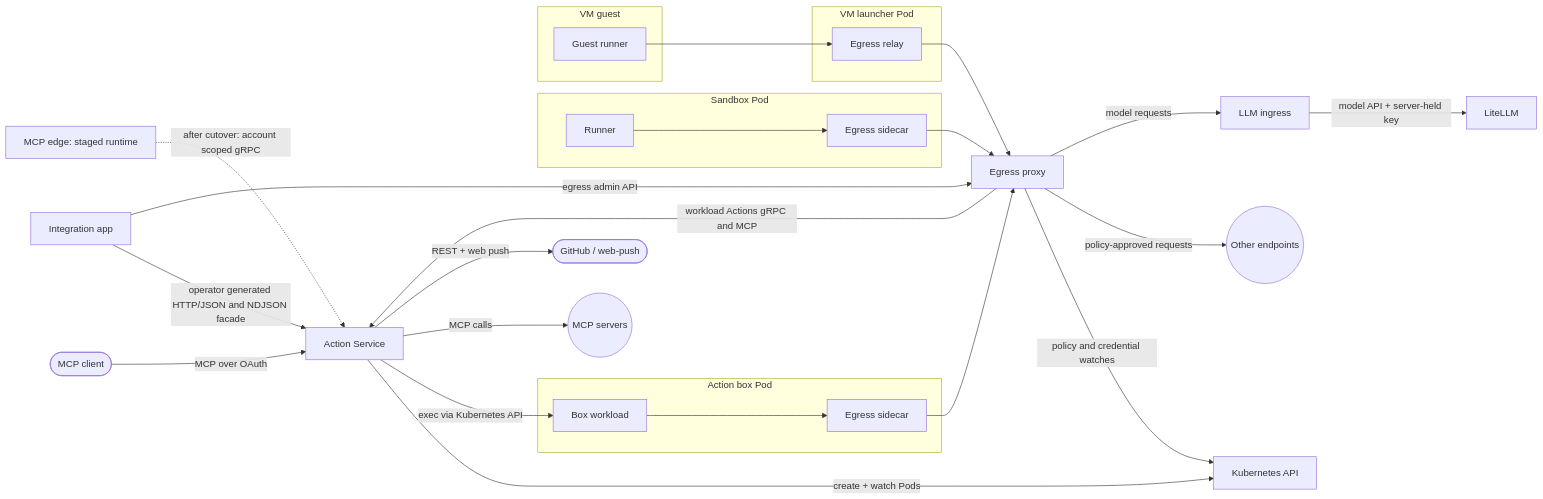
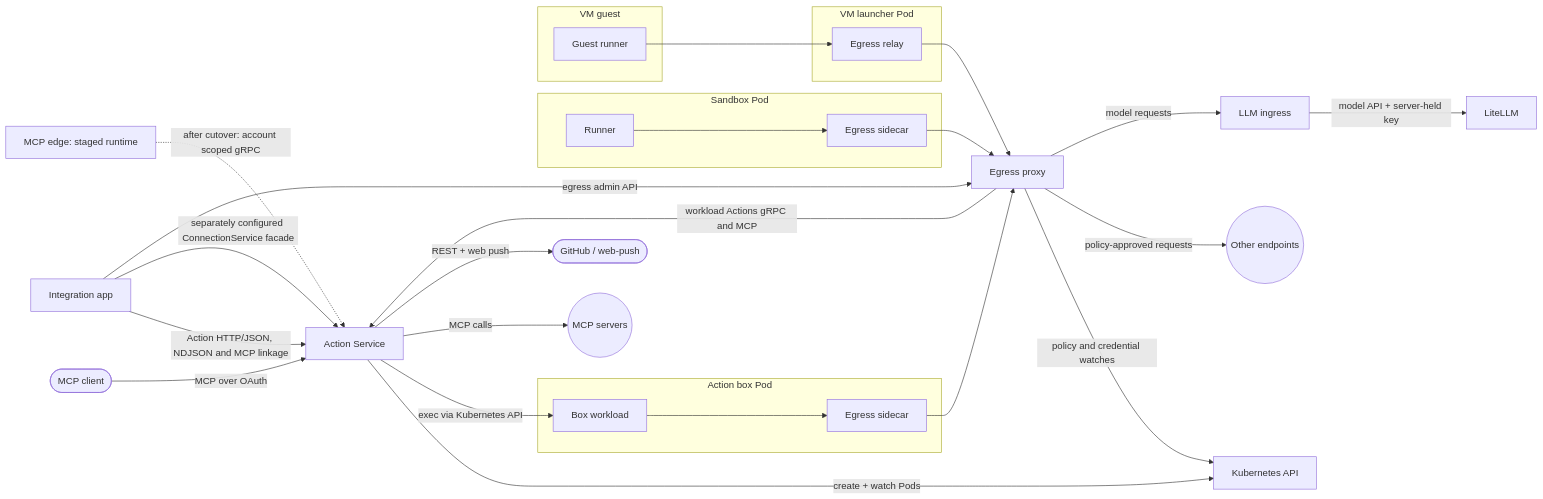
Before and after one commit to agentydragon/ducktape: the fifth of 5 diagrams in agentplane/docs/system_overview.md, drawn with Mermaid. The commit also changed other lines of this file and 21 other files, not shown here.

Commit message:
Split app Connection Service endpoint

````diff
--- a/agentplane/docs/system_overview.md
+++ b/agentplane/docs/system_overview.md
@@ -126,45 +126,46 @@
 ```mermaid
 flowchart LR
     mcp_client([MCP client])
     github([GitHub / web-push])
     app[Integration app]
     actions[Action Service]
     edge[MCP edge: staged runtime]
     k8s[Kubernetes API]
     subgraph box[Action box Pod]
         workload[Box workload]
         box_sidecar[Egress sidecar]
     end
     subgraph sandbox[Sandbox Pod]
         runner[Runner]
         sidecar[Egress sidecar]
     end
     subgraph vm_guest[VM guest]
         guest[Guest runner]
     end
     subgraph vm_pod[VM launcher Pod]
         relay[Egress relay]
     end
     egress[Egress proxy]
     llm[LLM ingress]
     litellm[LiteLLM]
     other((Other endpoints))
     mcp_servers((MCP servers))
 
     mcp_client -->|MCP over OAuth| actions
-    app -->|operator generated HTTP/JSON and NDJSON facade| actions
+    app -->|Action HTTP/JSON, NDJSON and MCP linkage| actions
+    app -->|separately configured ConnectionService facade| actions
     edge -.->|after cutover: account scoped gRPC| actions
     actions -->|create + watch Pods| k8s
     actions -->|exec via Kubernetes API| workload
     workload --> box_sidecar --> egress
     runner --> sidecar --> egress
     guest --> relay --> egress
     app -->|egress admin API| egress
     egress -->|policy and credential watches| k8s
     egress -->|workload Actions gRPC and MCP| actions
     egress -->|policy-approved requests| other
     egress -->|model requests| llm
     llm -->|model API + server-held key| litellm
     actions -->|MCP calls| mcp_servers
     actions -->|REST + web push| github
 ```
````
